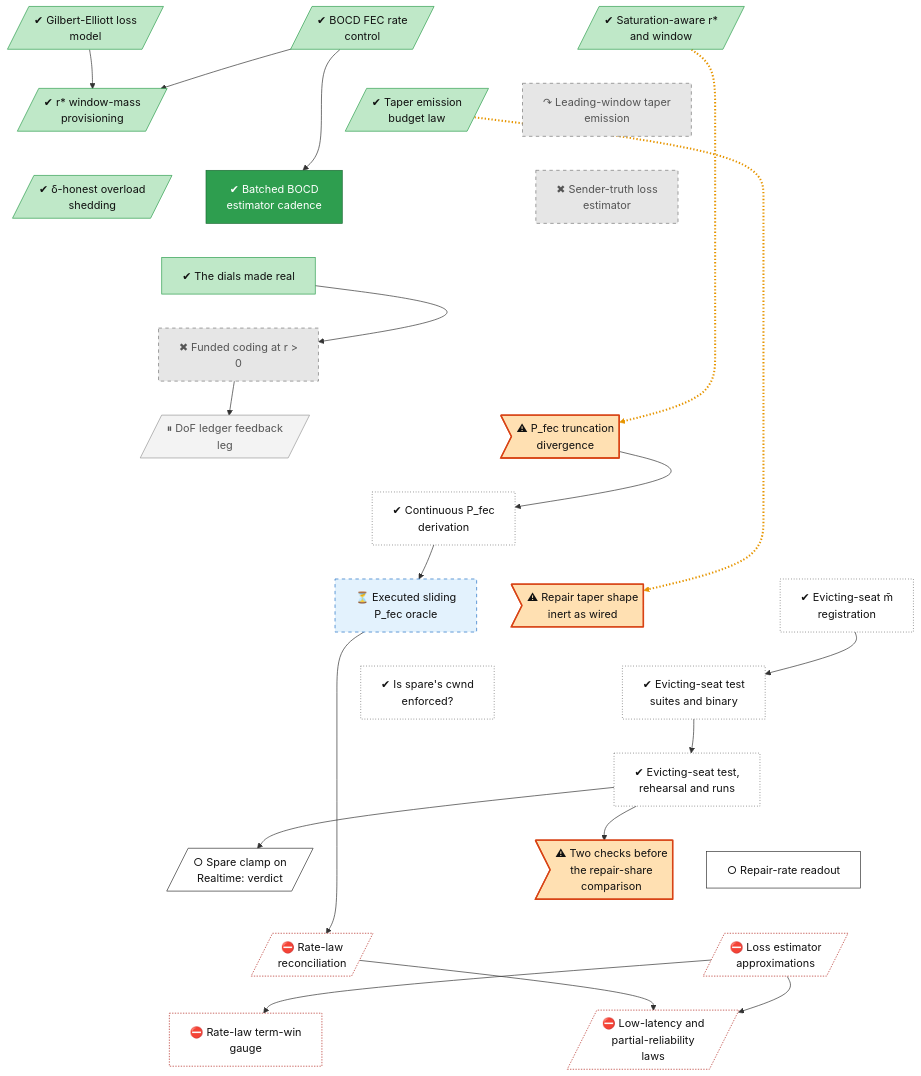
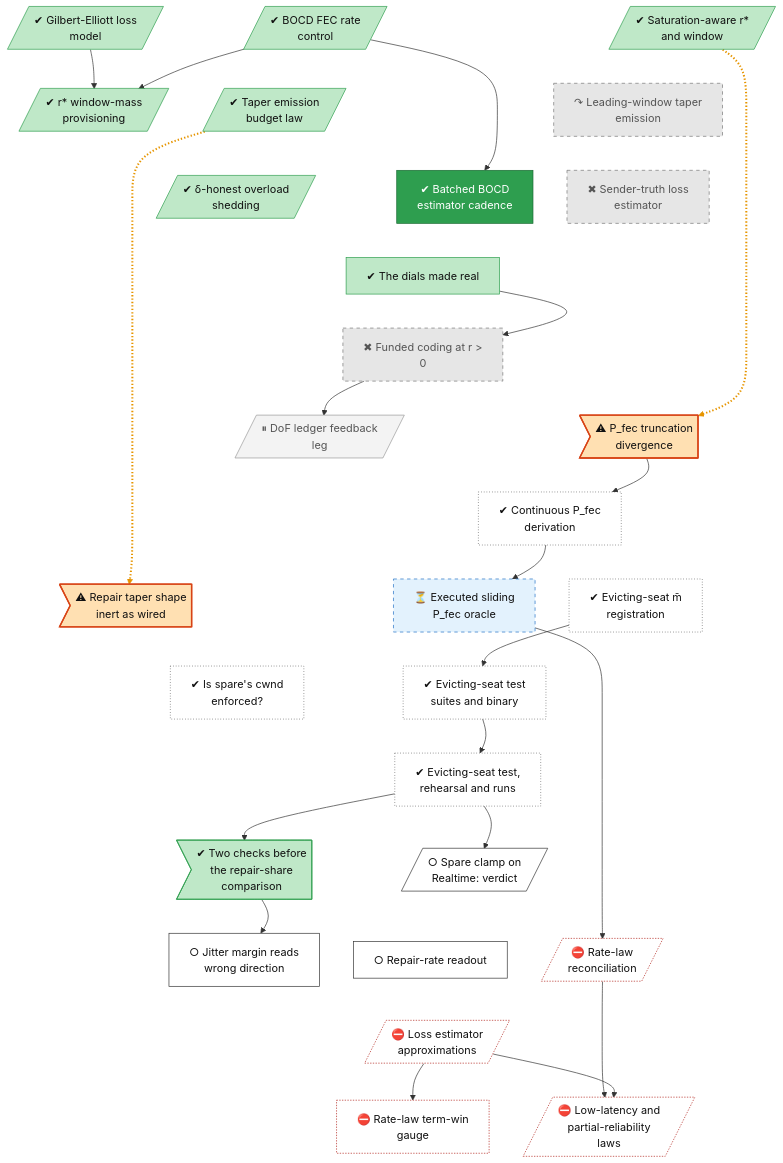
The diagram in docs/roadmap/tracks/rate.md (lhns/raptorpath), drawn with Mermaid before and after one commit. The commit also changed other lines of this file and 6 other files, not shown here.

Commit message:
status: the two K4 input checks, post hoc (Delta reads the reverse direction's jitter, law ledger S03; the W1 upper bracket omitted P_lost slots, count-form bound holds on all ten rows; S06 rescoped; oracle K4 target needs one W1 definition); roadmap

````diff
--- a/docs/roadmap/tracks/rate.md
+++ b/docs/roadmap/tracks/rate.md
@@ -29,8 +29,9 @@
     rate_spare_cwnd["✔ Is spare's cwnd<br/>enforced?"]
     rate_evict_epre["✔ Evicting-seat test<br/>suites and binary"]
     rate_evict_session["✔ Evicting-seat test,<br/>rehearsal and runs"]
+    rate_k4_input_checks>"✔ Two checks before<br/>the repair-share<br/>comparison"]
     rate_spare_clamp_verdict[/"○ Spare clamp on<br/>Realtime: verdict"/]
-    rate_k4_input_checks>"⚠ Two checks before<br/>the repair-share<br/>comparison"]
+    rate_delta_jitter_fix["○ Jitter margin reads<br/>wrong direction"]
     rate_fix_rate_readout["○ Repair-rate readout"]
     rate_law_reconcile[/"⛔ Rate-law<br/>reconciliation"/]
     rate_fix_estimators[/"⛔ Loss estimator<br/>approximations"/]
@@ -58,13 +59,15 @@
     rate_evict_registration ~~~ rate_evict_epre
     rate_spare_cwnd ~~~ rate_evict_session
     rate_evict_epre ~~~ rate_evict_session
+    rate_evict_session ~~~ rate_k4_input_checks
     rate_evict_session ~~~ rate_spare_clamp_verdict
-    rate_evict_session ~~~ rate_k4_input_checks
-    rate_evict_session ~~~ rate_fix_rate_readout
+    rate_k4_input_checks ~~~ rate_delta_jitter_fix
+    rate_spare_clamp_verdict ~~~ rate_fix_rate_readout
     rate_spare_clamp_verdict ~~~ rate_law_reconcile
-    rate_k4_input_checks ~~~ rate_fix_estimators
+    rate_delta_jitter_fix ~~~ rate_fix_estimators
     rate_fix_rate_readout ~~~ rate_fix_estimators
-    rate_law_reconcile ~~~ rate_fix_term_gauge
+    rate_law_reconcile ~~~ rate_fix_estimators
+    rate_fix_estimators ~~~ rate_fix_term_gauge
     rate_fix_estimators ~~~ rate_fix_rho_realtime
     rate_saturation_rstar -.-> rate_defect_pfec
     rate_ge_hmm --> rate_rstar_window_mass
@@ -77,13 +80,14 @@
     rate_pfec_continuous --> rate_pfec_oracle
     rate_evict_registration --> rate_evict_epre
     rate_evict_epre --> rate_evict_session
+    rate_evict_session --> rate_k4_input_checks
     rate_evict_session --> rate_spare_clamp_verdict
-    rate_evict_session --> rate_k4_input_checks
+    rate_k4_input_checks --> rate_delta_jitter_fix
     rate_pfec_oracle --> rate_law_reconcile
     rate_fix_estimators --> rate_fix_term_gauge
     rate_law_reconcile --> rate_fix_rho_realtime
     rate_fix_estimators --> rate_fix_rho_realtime
-    linkStyle 30,33 stroke:#e69500,stroke-width:3px,stroke-dasharray:2 3
+    linkStyle 32,35 stroke:#e69500,stroke-width:3px,stroke-dasharray:2 3
     classDef vsucc fill:#2e9e4f,stroke:#1b6b34,color:#fff
     classDef succ fill:#bfe8c8,stroke:#2e9e4f,color:#111
     classDef mixed fill:#ffd37a,stroke:#c98a00,color:#111
@@ -97,13 +101,13 @@
     classDef userdec fill:#d9c2f0,stroke:#7b3fb5,color:#111
     classDef defect fill:#ffe0b2,stroke:#d84315,stroke-width:2px,color:#111
     classDef waiting fill:#e3f2fd,stroke:#1f6fc5,stroke-dasharray:5 5,color:#111
-    class rate_ge_hmm,rate_fec_rate_v1,rate_saturation_rstar,rate_rstar_window_mass,rate_taper_r,rate_unified_shed,rate_dials_made_real succ
+    class rate_ge_hmm,rate_fec_rate_v1,rate_saturation_rstar,rate_rstar_window_mass,rate_taper_r,rate_unified_shed,rate_dials_made_real,rate_k4_input_checks succ
     class rate_leading_taper,rate_sender_truth_loss,rate_r_battery dead
     class rate_est_cadence vsucc
     class rate_dof_ledger parked
-    class rate_defect_pfec,rate_defect_taper_inert,rate_k4_input_checks defect
+    class rate_defect_pfec,rate_defect_taper_inert defect
     class rate_pfec_continuous,rate_evict_registration,rate_spare_cwnd,rate_evict_epre,rate_evict_session unrated
     class rate_pfec_oracle waiting
-    class rate_spare_clamp_verdict,rate_fix_rate_readout next
+    class rate_spare_clamp_verdict,rate_delta_jitter_fix,rate_fix_rate_readout next
     class rate_law_reconcile,rate_fix_estimators,rate_fix_term_gauge,rate_fix_rho_realtime blocked
 ```
````
